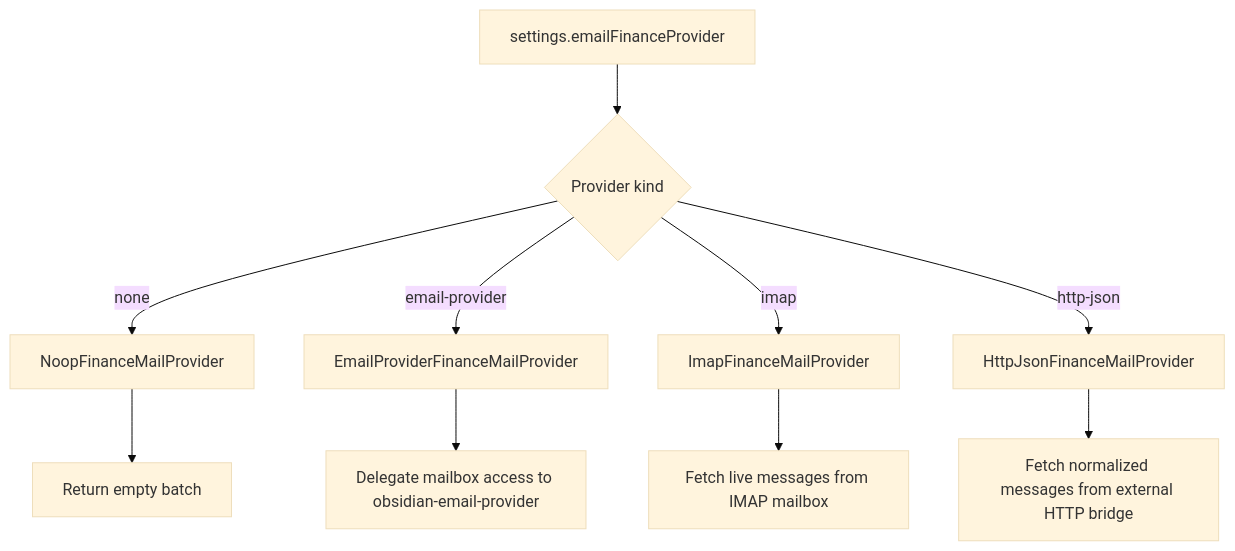
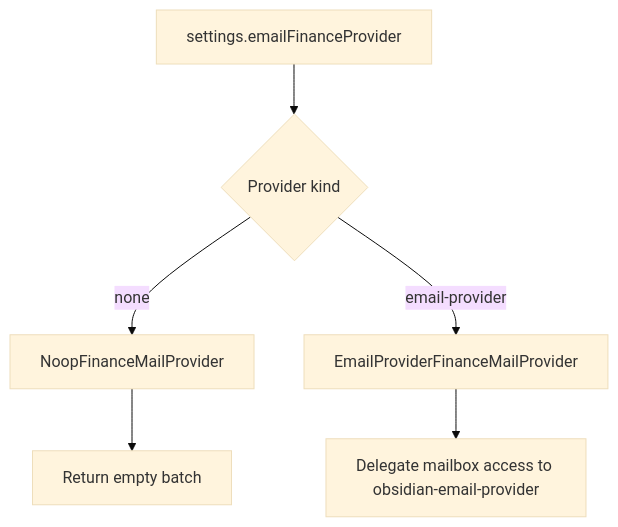
Before and after one commit to Xoanis/obsidian-expense-manager: the third of 14 diagrams in docs/email-finance-intake-architecture.md, drawn with Mermaid (base theme). The commit also changed other lines of this file and 11 other files, not shown here.

````diff
--- a/docs/email-finance-intake-architecture.md
+++ b/docs/email-finance-intake-architecture.md
@@ -194,13 +193,9 @@
 ```mermaid
 flowchart TD
     A["settings.emailFinanceProvider"] --> B{"Provider kind"}
     B -->|"none"| C["NoopFinanceMailProvider"]
     B -->|"email-provider"| D["EmailProviderFinanceMailProvider"]
-    B -->|"imap"| E["ImapFinanceMailProvider"]
-    B -->|"http-json"| F["HttpJsonFinanceMailProvider"]
 
     C --> G["Return empty batch"]
     D --> H["Delegate mailbox access to obsidian-email-provider"]
-    E --> I["Fetch live messages from IMAP mailbox"]
-    F --> J["Fetch normalized messages from external HTTP bridge"]
 ```
````
